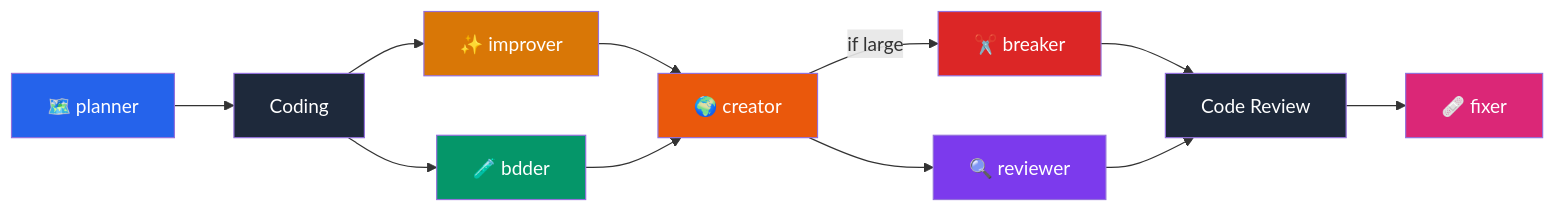
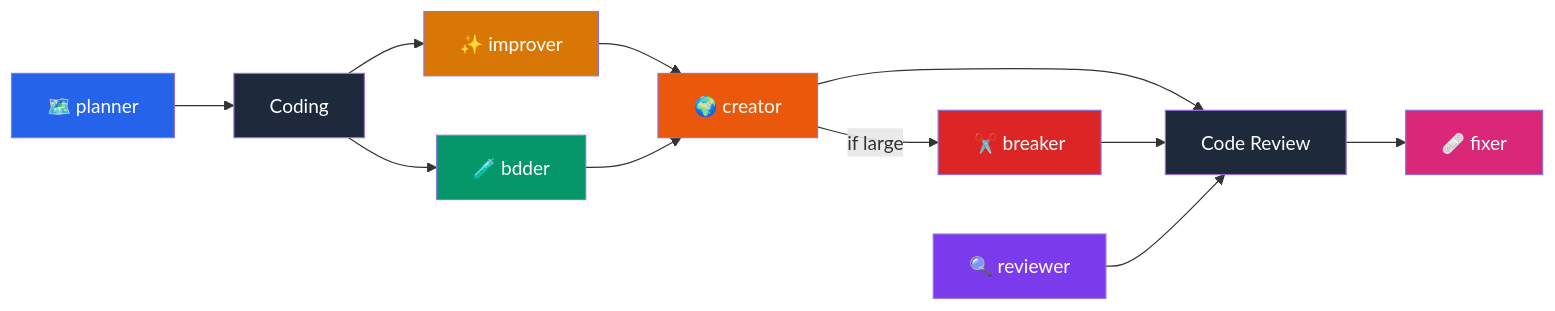
Before and after one commit to Victorcorcos/skills: the diagram in README.md, drawn with Mermaid.

````diff
--- a/README.md
+++ b/README.md
@@ -53,23 +53,23 @@
 ```mermaid
 flowchart LR
     A[🗺️ planner] --> B[Coding]
     B --> C[✨ improver]
     B --> D[🧪 bdder]
     C --> E[🌍 creator]
     D --> E[🌍 creator]
-    E --> I[🔍 reviewer]
+    E --> F[Code Review]
     E -->|if large| G[✂️ breaker]
-    G --> F[Code Review]
-    I --> F
+    G --> F
+    I[🔍 reviewer] --> F
     F --> H[🩹 fixer]
 
     style A fill:#2563EB,color:#fff
     style C fill:#D97706,color:#fff
     style D fill:#059669,color:#fff
     style E fill:#EA580C,color:#fff
     style F fill:#1e293b,color:#fff
     style G fill:#DC2626,color:#fff
     style H fill:#DB2777,color:#fff
     style I fill:#7C3AED,color:#fff
     style B fill:#1e293b,color:#fff
 ```
````
